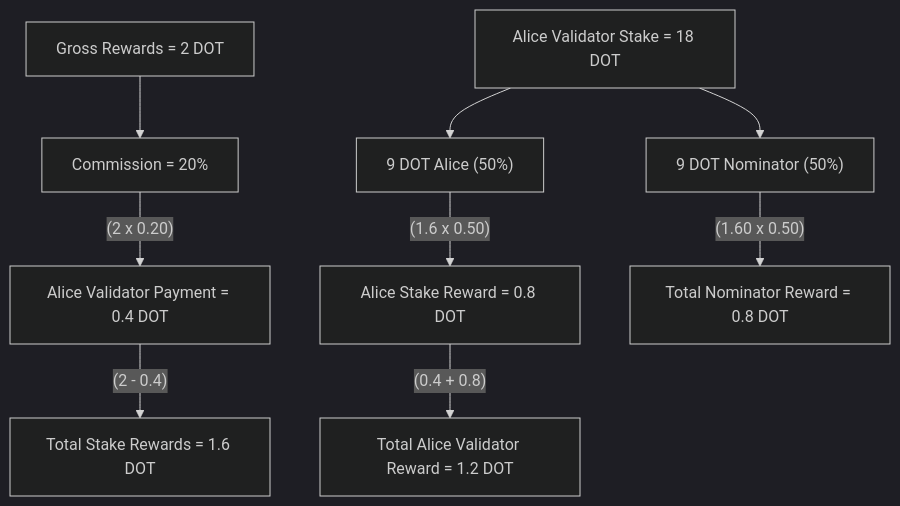
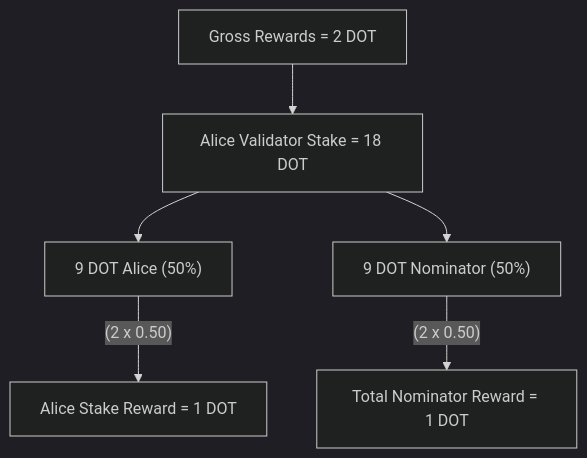
The fifth of 6 diagrams in docs/node-infrastructure/run-a-validator/staking-mechanics/rewards.md (polkadot-developers/polkadot-docs), drawn with Mermaid (dark theme) before and after one commit. The commit also changed other lines of this file and 2 other files, not shown here.

Commit message:
docs: update rewards payout to match referenda 1909

````diff
--- a/docs/node-infrastructure/run-a-validator/staking-mechanics/rewards.md
+++ b/docs/node-infrastructure/run-a-validator/staking-mechanics/rewards.md
@@ -154,23 +177,16 @@
 ``` mermaid
 
 flowchart TD
     A["Gross Rewards = 2 DOT"]
-    E["Commission = 20%"]
-    F["Alice Validator Payment = 0.4 DOT"]
-    G["Total Stake Rewards = 1.6 DOT"]
     B["Alice Validator Stake = 18 DOT"]
     C["9 DOT Alice (50%)"]
-    H["Alice Stake Reward = 0.8 DOT"]
-    I["Total Alice Validator Reward = 1.2 DOT"]
     D["9 DOT Nominator (50%)"]
-    J["Total Nominator Reward = 0.8 DOT"]
-    
-    A --> E
-    E --(2 x 0.20)--> F
-    F --(2 - 0.4)--> G
+    H["Alice Stake Reward = 1 DOT"]
+    J["Total Nominator Reward = 1 DOT"]
+
+    A --> B
     B --> C
     B --> D
-    C --(1.6 x 0.50)--> H
-    H --(0.4 + 0.8)--> I
-    D --(1.60 x 0.50)--> J
+    C --(2 x 0.50)--> H
+    D --(2 x 0.50)--> J
 ```
````
